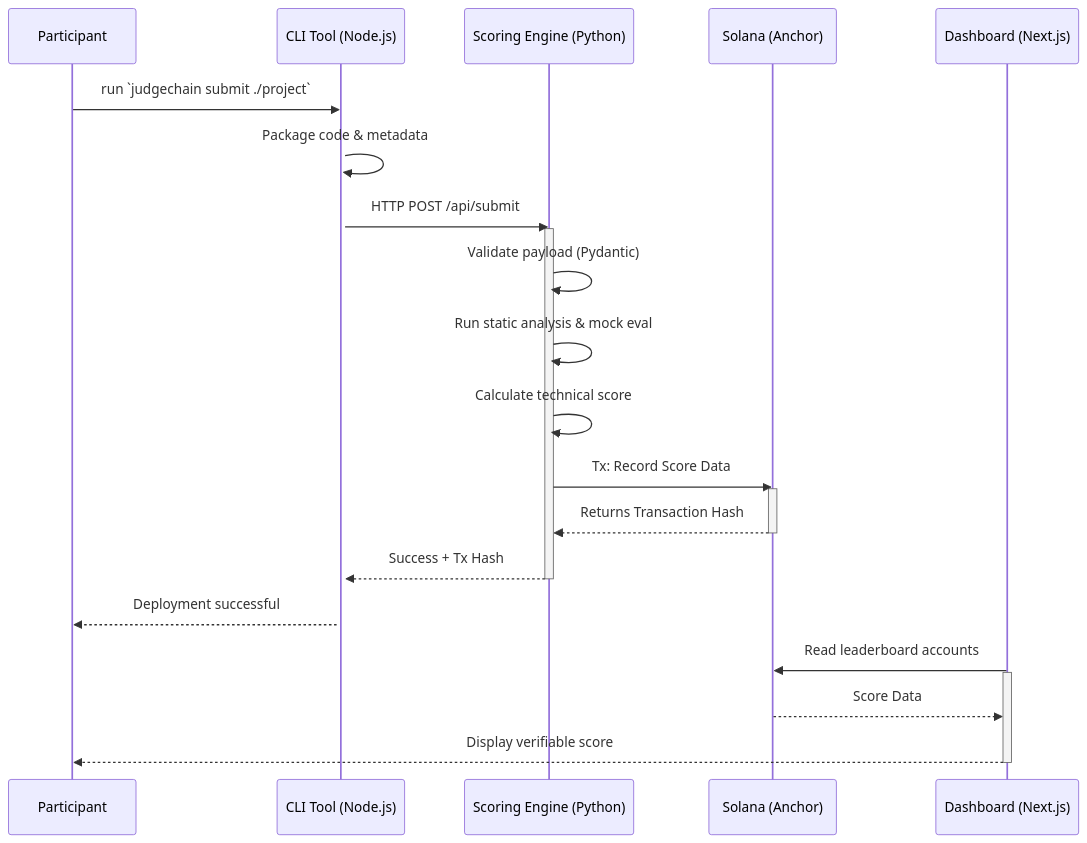
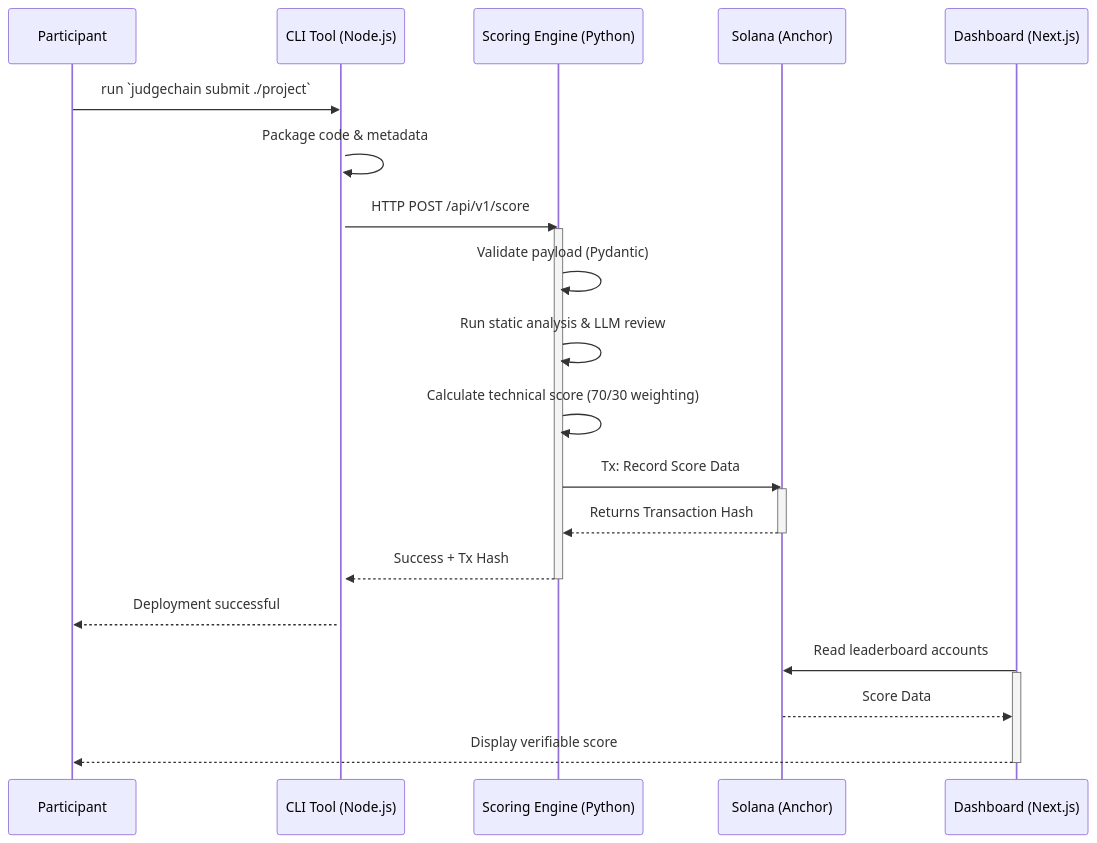
The second of 2 diagrams in README.md (Inmodel/inmodel-c), drawn with Mermaid before and after one commit. The commit also changed other lines of this file, not shown here.

Commit message:
docs: update README with project structure, API endpoints, environment variables, and scoring logic details

````diff
--- a/README.md
+++ b/README.md
@@ -39,33 +39,33 @@
 ```mermaid
 sequenceDiagram
     participant User as Participant
     participant CLI as CLI Tool (Node.js)
     participant Backend as Scoring Engine (Python)
     participant Chain as Solana (Anchor)
     participant Dash as Dashboard (Next.js)
     
     User->>CLI: run `judgechain submit ./project`
     activate CLI
     CLI->>CLI: Package code & metadata
-    CLI->>Backend: HTTP POST /api/submit
+    CLI->>Backend: HTTP POST /api/v1/score
     activate Backend
     
     Backend->>Backend: Validate payload (Pydantic)
-    Backend->>Backend: Run static analysis & mock eval
-    Backend->>Backend: Calculate technical score
+    Backend->>Backend: Run static analysis & LLM review
+    Backend->>Backend: Calculate technical score (70/30 weighting)
     
     Backend->>Chain: Tx: Record Score Data
     activate Chain
     Chain-->>Backend: Returns Transaction Hash
     deactivate Chain
     
     Backend-->>CLI: Success + Tx Hash
     deactivate Backend
     CLI-->>User: Deployment successful
 
     Dash->>Chain: Read leaderboard accounts
     activate Dash
     Chain-->>Dash: Score Data
     Dash-->>User: Display verifiable score
     deactivate Dash
 ```
````
